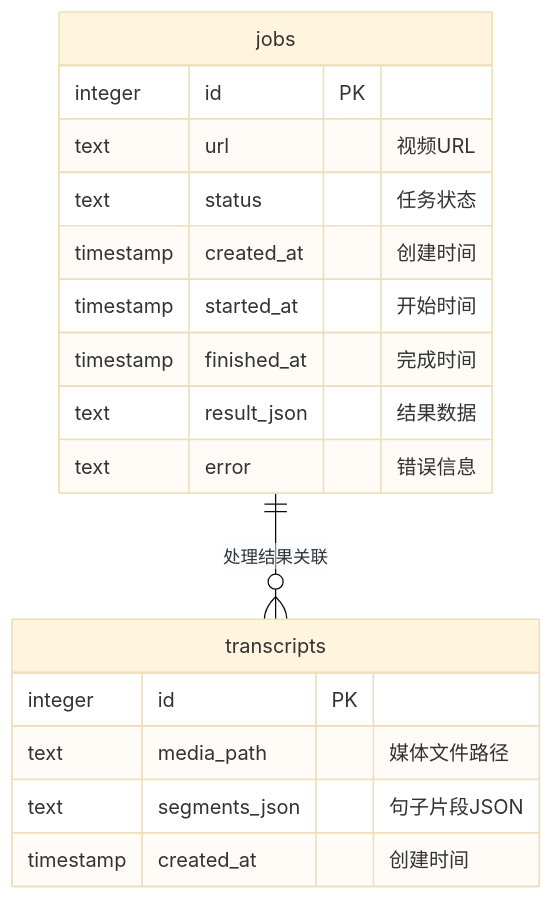
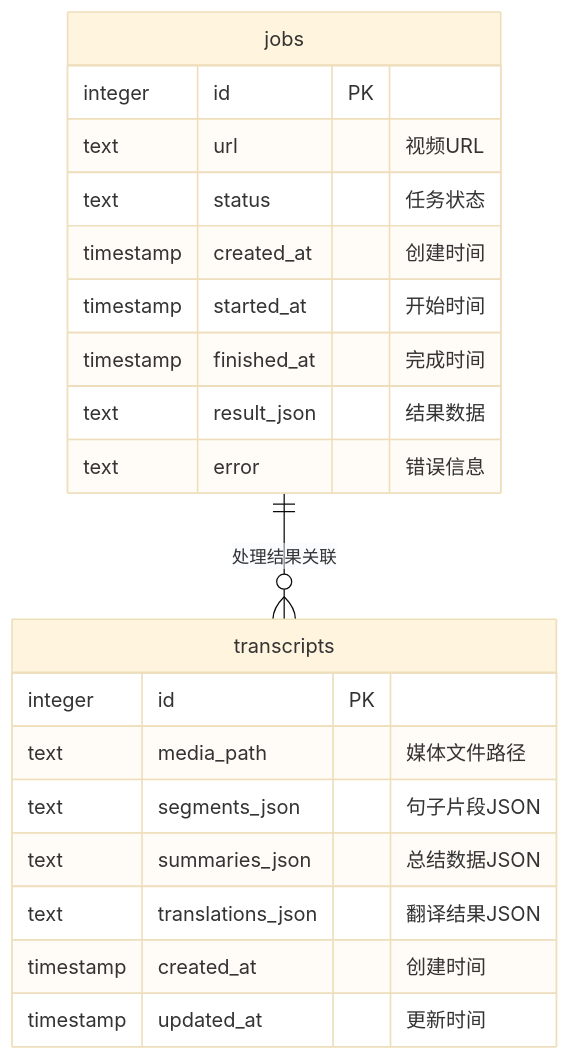
Before and after one commit to li-xiu-qi/HearSight: the diagram in docs/database_schema.md, drawn with Mermaid (base theme). The commit also changed other lines of this file and 20 other files, not shown here.

````diff
--- a/docs/database_schema.md
+++ b/docs/database_schema.md
@@ -44,22 +47,25 @@
 ```mermaid
 erDiagram
     jobs ||--o{ transcripts : "处理结果关联"
 
     jobs {
         integer id PK
         text url "视频URL"
         text status "任务状态"
         timestamp created_at "创建时间"
         timestamp started_at "开始时间"
         timestamp finished_at "完成时间"
         text result_json "结果数据"
         text error "错误信息"
     }
 
     transcripts {
         integer id PK
         text media_path "媒体文件路径"
         text segments_json "句子片段JSON"
+        text summaries_json "总结数据JSON"
+        text translations_json "翻译结果JSON"
         timestamp created_at "创建时间"
+        timestamp updated_at "更新时间"
     }
 ```
````
